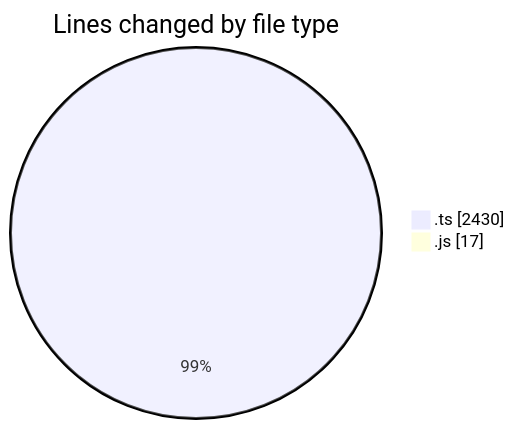
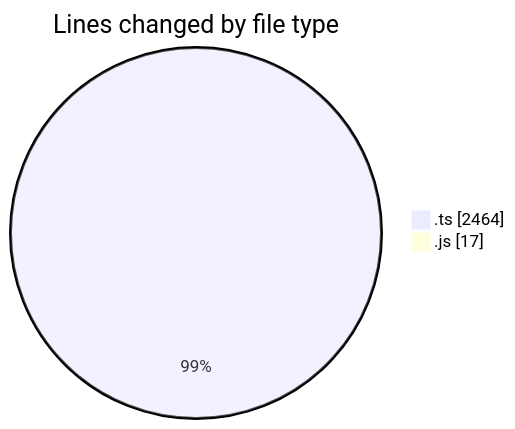
The first of 2 diagrams in 2026-02-07/singularitybrainai/README.md (tmsrecording-cyber/code-tracking), drawn with Mermaid before and after one commit. The commit also changed other lines of this file and 1 other file, not shown here.

````diff
--- a/2026-02-07/singularitybrainai/README.md
+++ b/2026-02-07/singularitybrainai/README.md
@@ -24,6 +24,6 @@
 ```mermaid
 pie showData
 title Lines changed by file type
-".ts" : 2430
+".ts" : 2464
 ".js" : 17
 ```
````
